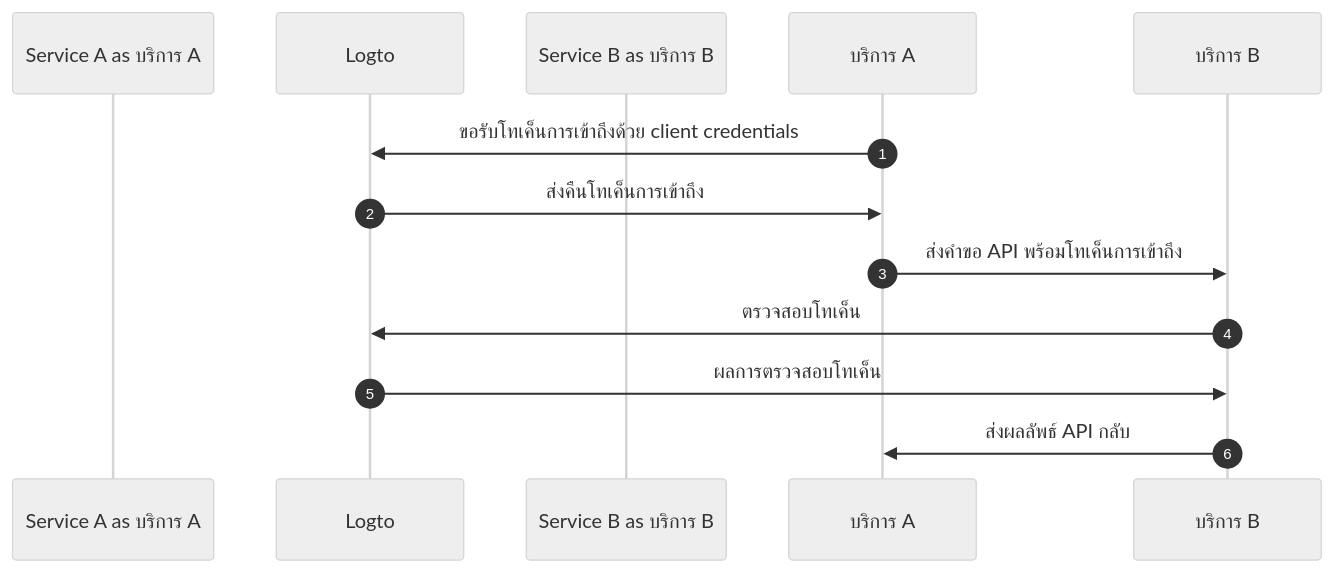
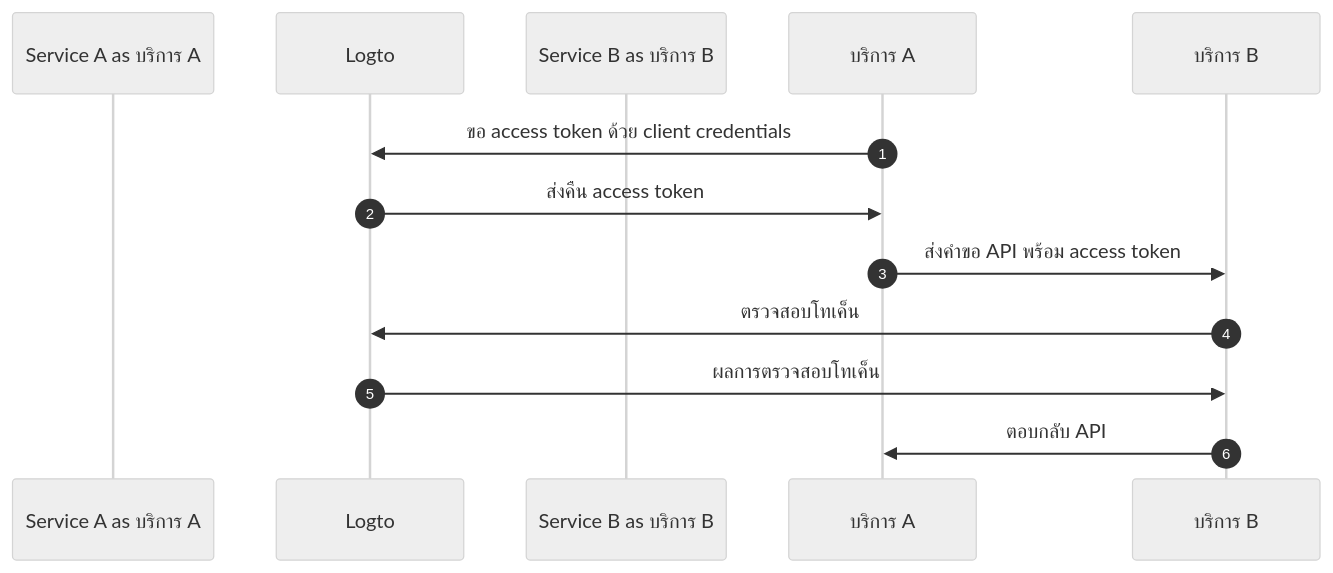
Before and after one commit to logto-io/docs: the second of 4 diagrams in i18n/th/docusaurus-plugin-content-docs/current/integrate-logto/integrate-logto-into-your-application/understand-authentication-flow.mdx, drawn with Mermaid (neutral theme). The commit also changed other lines of this file and 44 other files, not shown here.

````diff
--- a/i18n/th/docusaurus-plugin-content-docs/current/integrate-logto/integrate-logto-into-your-application/understand-authentication-flow.mdx
+++ b/i18n/th/docusaurus-plugin-content-docs/current/integrate-logto/integrate-logto-into-your-application/understand-authentication-flow.mdx
@@ -42,14 +42,14 @@
 ```mermaid
 sequenceDiagram
     autonumber
     participant Service A as บริการ A
     participant Logto
     participant Service B as บริการ B
 
-    บริการ A->>Logto: ขอรับโทเค็นการเข้าถึงด้วย client credentials
-    Logto->>บริการ A: ส่งคืนโทเค็นการเข้าถึง
-    บริการ A->>บริการ B: ส่งคำขอ API พร้อมโทเค็นการเข้าถึง
+    บริการ A->>Logto: ขอ access token ด้วย client credentials
+    Logto->>บริการ A: ส่งคืน access token
+    บริการ A->>บริการ B: ส่งคำขอ API พร้อม access token
     บริการ B->>Logto: ตรวจสอบโทเค็น
     Logto->>บริการ B: ผลการตรวจสอบโทเค็น
-    บริการ B->>บริการ A: ส่งผลลัพธ์ API กลับ
+    บริการ B->>บริการ A: ตอบกลับ API
 ```
````
